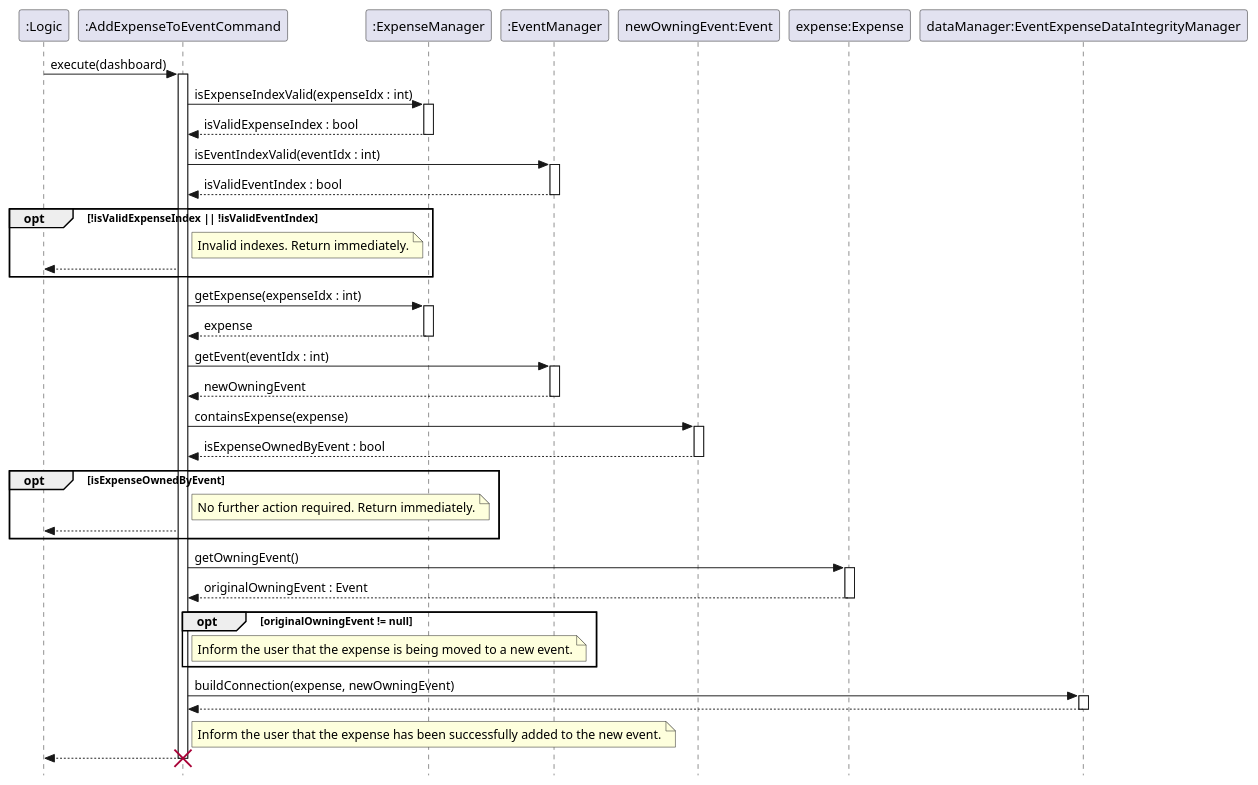
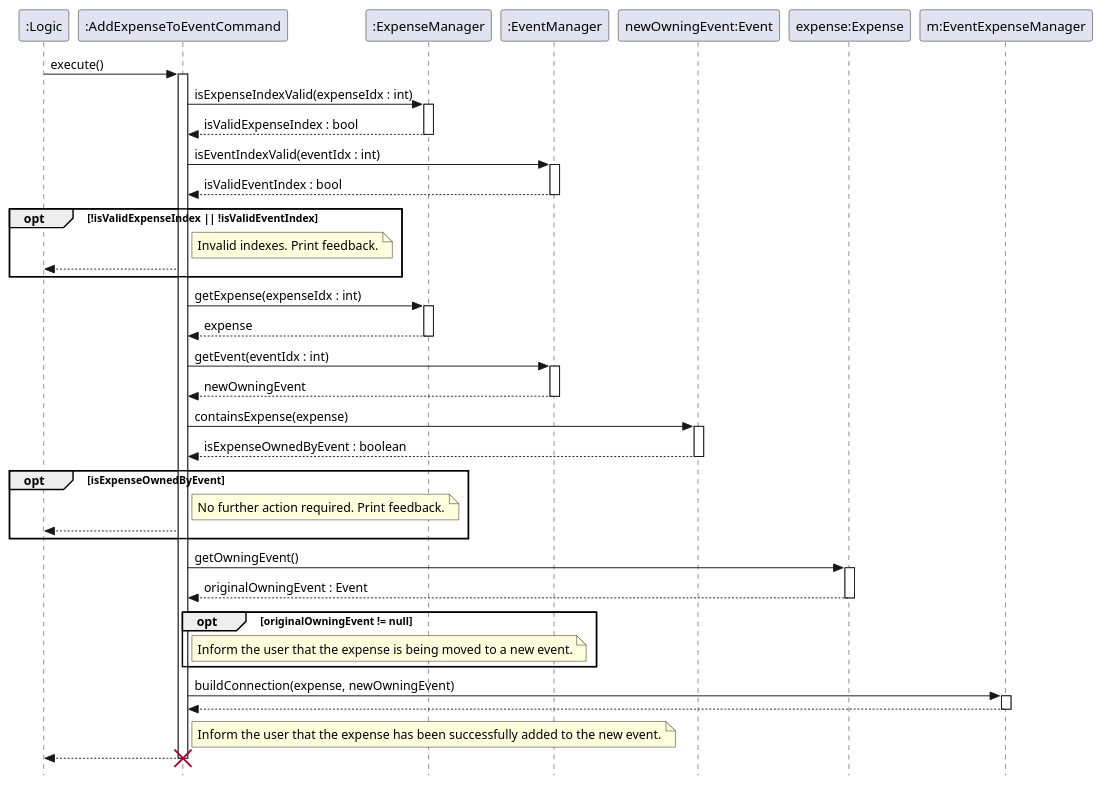
One commit to JianJiaT/tp changed the diagram in docs/team/UML_Files/executeAddExpenseToEventCommand.puml. Above: the diagram before and after it, drawn with PlantUML. The commit also changed 3 other files, not shown here.

Commit message:
Fix diagram bugs

```diff
--- a/docs/team/UML_Files/executeAddExpenseToEventCommand.puml
+++ b/docs/team/UML_Files/executeAddExpenseToEventCommand.puml
@@ -1,79 +1,79 @@
 @startuml
 skinparam Style strictuml
 
 participant ":Logic" AS Logic
 participant ":AddExpenseToEventCommand" as Command
 participant ":ExpenseManager" as ExpenseManager
 participant ":EventManager" as EventManager
 participant "newOwningEvent:Event" as noe
 participant "expense:Expense" as Expense
-participant "dataManager:EventExpenseDataIntegrityManager" as dataManager
+participant "m:EventExpenseManager" as dataManager
 
 
-Logic -> Command: execute(dashboard)
+Logic -> Command: execute()
 activate Command
 
 Command -> ExpenseManager: isExpenseIndexValid(expenseIdx : int)
 activate ExpenseManager
 ExpenseManager --> Command: isValidExpenseIndex : bool
 deactivate ExpenseManager
 
 Command -> EventManager: isEventIndexValid(eventIdx : int)
 activate EventManager
 EventManager --> Command: isValidEventIndex : bool
 deactivate EventManager
 
 opt !isValidExpenseIndex || !isValidEventIndex
     note right of Command
-        Invalid indexes. Return immediately.
+        Invalid indexes. Print feedback.
     end note
     Command --> Logic: 
 end
 
 Command -> ExpenseManager: getExpense(expenseIdx : int)
 activate ExpenseManager
 ExpenseManager --> Command: expense
 deactivate ExpenseManager
 
 Command -> EventManager: getEvent(eventIdx : int)
 activate EventManager
 EventManager --> Command: newOwningEvent
 deactivate EventManager
 
 Command -> noe : containsExpense(expense)
 activate noe
-noe --> Command: isExpenseOwnedByEvent : bool
+noe --> Command: isExpenseOwnedByEvent : boolean
 deactivate noe
 
 opt isExpenseOwnedByEvent
     note right of Command
-        No further action required. Return immediately.
+        No further action required. Print feedback.
     end note
     Command --> Logic:
 end
 
 Command -> Expense: getOwningEvent()
 activate Expense
 Expense --> Command: originalOwningEvent : Event
 deactivate Expense
 
 opt originalOwningEvent != null
     note right of Command
         Inform the user that the expense is being moved to a new event.
     end note
 end
 
 Command -> dataManager: buildConnection(expense, newOwningEvent)
 activate dataManager
 dataManager --> Command:
 deactivate dataManager
 
 note right of Command
     Inform the user that the expense has been successfully added to the new event.
 end note
 
 Command --> Logic:
 deactivate Command
 destroy Command
 
 @enduml
```
